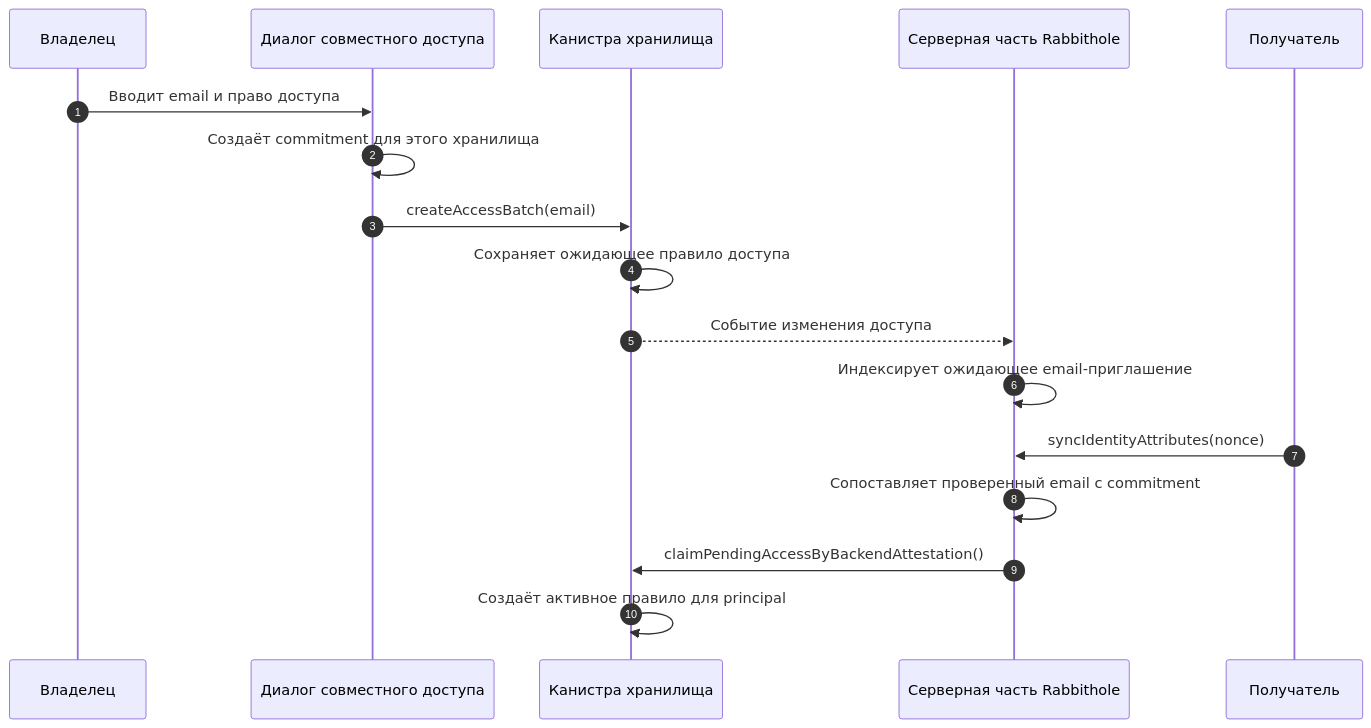
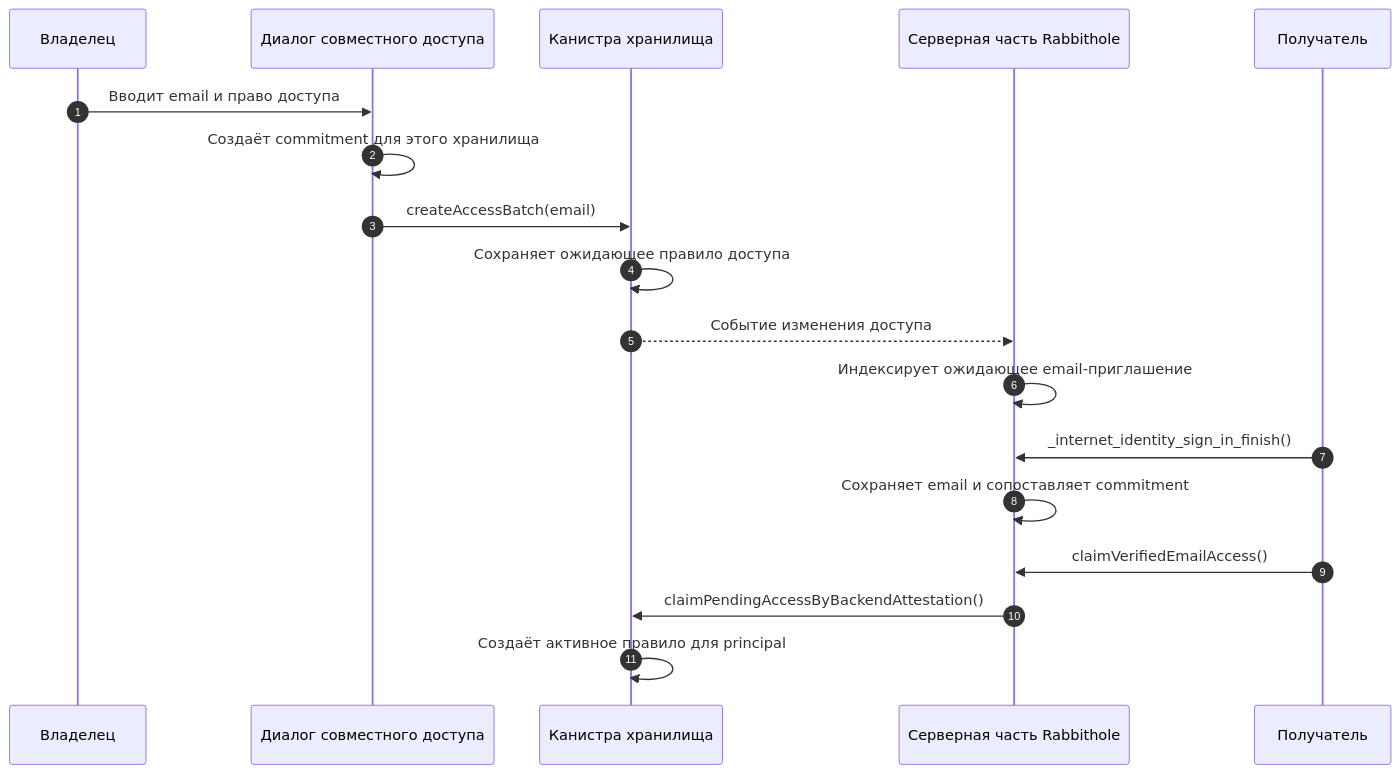
The second of 2 diagrams in apps/docs/src/ru/how-it-works/sharing/email-invites.mdx (rabbithole-app/v2), drawn with Mermaid before and after one commit. The commit also changed 46 other files, not shown here.

````diff
--- a/apps/docs/src/ru/how-it-works/sharing/email-invites.mdx
+++ b/apps/docs/src/ru/how-it-works/sharing/email-invites.mdx
@@ -101,20 +101,21 @@
 ```mermaid
 sequenceDiagram
     autonumber
     participant O as Владелец
     participant UI as Диалог совместного доступа
     participant S as Канистра хранилища
     participant API as Серверная часть Rabbithole
     participant R as Получатель
 
     O->>UI: Вводит email и право доступа
     UI->>UI: Создаёт commitment для этого хранилища
     UI->>S: createAccessBatch(email)
     S->>S: Сохраняет ожидающее правило доступа
     S-->>API: Событие изменения доступа
     API->>API: Индексирует ожидающее email-приглашение
-    R->>API: syncIdentityAttributes(nonce)
-    API->>API: Сопоставляет проверенный email с commitment
+    R->>API: _internet_identity_sign_in_finish()
+    API->>API: Сохраняет email и сопоставляет commitment
+    R->>API: claimVerifiedEmailAccess()
     API->>S: claimPendingAccessByBackendAttestation()
     S->>S: Создаёт активное правило для principal
 ```
````
